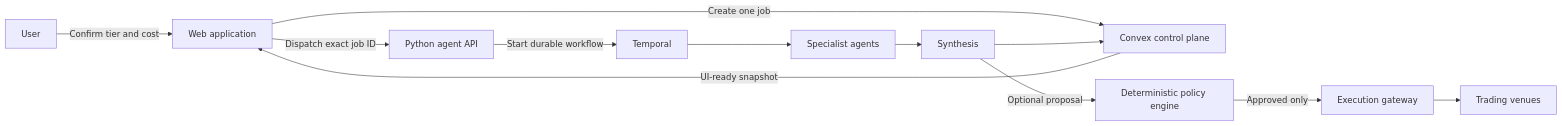
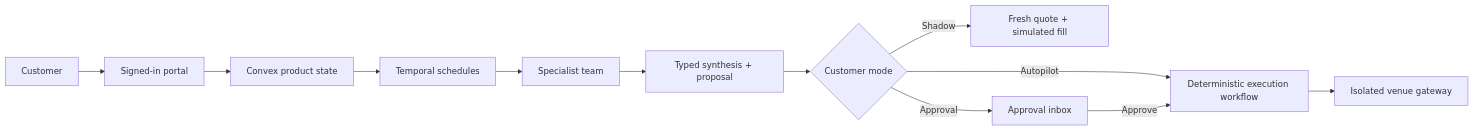
One commit to malawadd/mowazi changed the first of 8 diagrams in docs/agentic-backend-architecture.md. Above: the diagram before and after it, drawn with Mermaid. The commit also changed other lines of this file and 58 other files, not shown here.

````diff
--- a/docs/agentic-backend-architecture.md
+++ b/docs/agentic-backend-architecture.md
@@ -12,14 +14,14 @@
 ```mermaid
 flowchart LR
-    U[User] -->|Confirm tier and cost| W[Web application]
-    W -->|Create one job| C[Convex control plane]
-    W -->|Dispatch exact job ID| A[Python agent API]
-    A -->|Start durable workflow| T[Temporal]
-    T --> G[Specialist agents]
-    G --> S[Synthesis]
-    S --> C
-    C -->|UI-ready snapshot| W
-    S -->|Optional proposal| P[Deterministic policy engine]
-    P -->|Approved only| E[Execution gateway]
-    E --> V[Trading venues]
+    U["Customer"] --> P["Signed-in portal"]
+    P --> C["Convex product state"]
+    C --> T["Temporal schedules"]
+    T --> A["Specialist team"]
+    A --> S["Typed synthesis + proposal"]
+    S --> M{"Customer mode"}
+    M -->|Shadow| X["Fresh quote + simulated fill"]
+    M -->|Approval| Q["Approval inbox"]
+    M -->|Autopilot| E["Deterministic execution workflow"]
+    Q -->|Approve| E
+    E --> V["Isolated venue gateway"]
 ```
````
